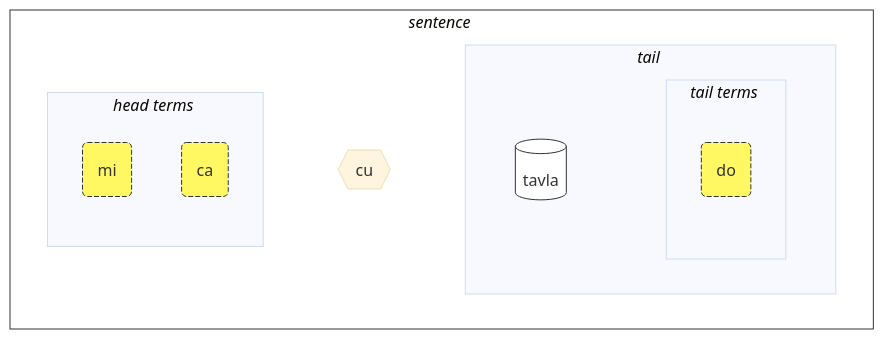
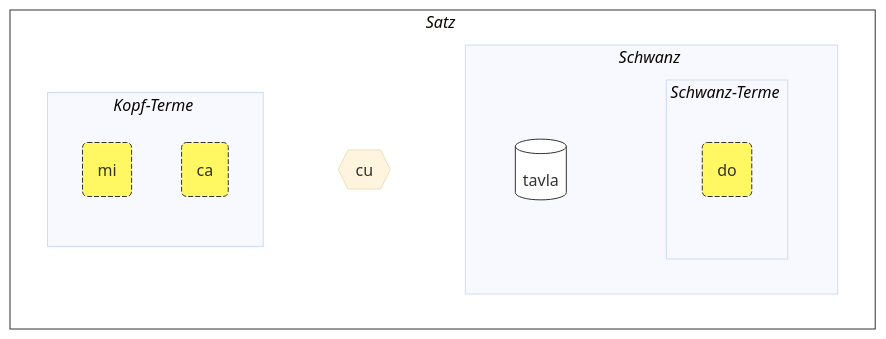
One commit to La-Lojban/lojban.pw changed the first of 2 diagrams in data/pages/de/books/learn-lojban/!1.md. Above: the diagram before and after it, drawn with Mermaid (base theme). The commit also changed other lines of this file and 12 other files, not shown here.

````diff
--- a/data/pages/de/books/learn-lojban/!1.md
+++ b/data/pages/de/books/learn-lojban/!1.md
@@ -179,40 +180,40 @@
 ```mermaid
 flowchart LR
     %% common structure:
-    subgraph sentence["<i>sentence</i>#nbsp;"]
+    subgraph sentence["<i>Satz</i>#nbsp;"]
         direction LR
         head-terms
         cu{{"cu"}}
         tail
     end
     head-terms ~~~ cu ~~~ tail
-    subgraph tail["<i>tail</i>#nbsp;"]
+    subgraph tail["<i>Schwanz</i>#nbsp;"]
         direction LR
         selbri ~~~ tail-terms
     end
     %%  semi-automated
-    subgraph head-terms["<i>head terms</i>#nbsp;"]
+    subgraph head-terms["<i>Kopf-Terme</i>#nbsp;"]
         t1
         t2
     end
-    subgraph tail-terms["<i>tail terms</i>#nbsp;"]
+    subgraph tail-terms["<i>Schwanz-Terme</i>#nbsp;"]
         tt3
         %% tt4
     end
     %%todo: automatically link all terms to selbri
 
     t1(mi)
     t2(ca)
     selbri[(tavla)]
     tt3(do)
     %% tt4["la .lojban."]
 
     classDef x fill:#FFF863,stroke:#333,stroke-width:1px,stroke-dasharray: 5 2;
     class t1 x;
     class t2 x;
     class tt3 x;
     classDef blabi fill:#fff,stroke:#333;
     class selbri blabi;
     class sentence blabi;
 
 ```
````
